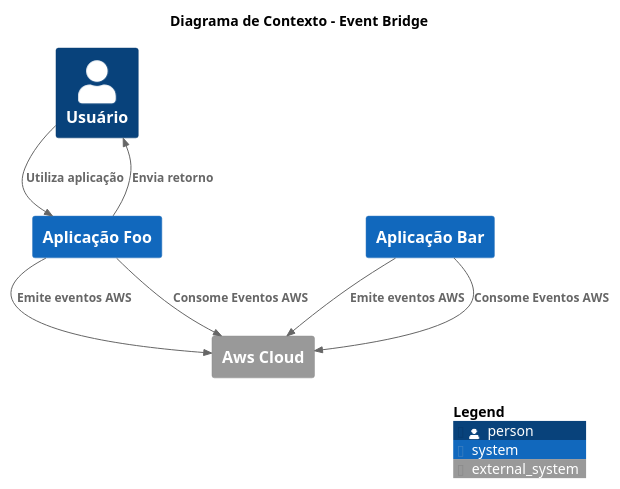
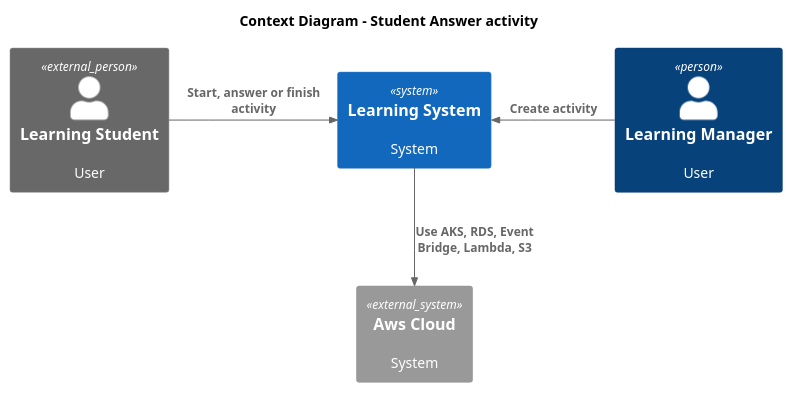
The diagram in event-bridge/context.wsd (mateusmacedo/diagrams), drawn with PlantUML before and after one commit. The commit also changed 1 other file, not shown here.

Commit message:
feat: context and container diagrams for dashboard

```diff
--- a/event-bridge/context.wsd
+++ b/event-bridge/context.wsd
@@ -1,20 +1,15 @@
 @startuml C4_Context
-!include ./C4-PlantUML/C4_Context.puml
+!include ./plantuml-stdlib/C4/C4_Context.puml
 
-title Diagrama de Contexto - Event Bridge
+title Context Diagram - Student Answer activity
 
-Person(user, "Usuário")
-System(foo, "Aplicação Foo")
-System(bar, "Aplicação Bar")
-System_Ext(aws, "Aws Cloud")
+Person_Ext(student, "Learning Student", "User")
+Person(manager, "Learning Manager", "User")
+System(learning, "Learning System", "System")
+System_Ext(aws, "Aws Cloud", "System")
 
-Rel(user, foo, "Utiliza aplicação")
-Rel(foo, user, "Envia retorno")
-Rel(foo, aws, "Emite eventos AWS")
-Rel(foo, aws, "Consome Eventos AWS")
-Rel(bar, aws, "Emite eventos AWS")
-Rel(bar, aws, "Consome Eventos AWS")
-
-SHOW_LEGEND()
+Rel_R(student, learning, "Start, answer or finish activity")
+Rel_L(manager, learning, "Create activity")
+Rel(learning, aws, "Use AKS, RDS, Event Bridge, Lambda, S3")
 
 @enduml
```
